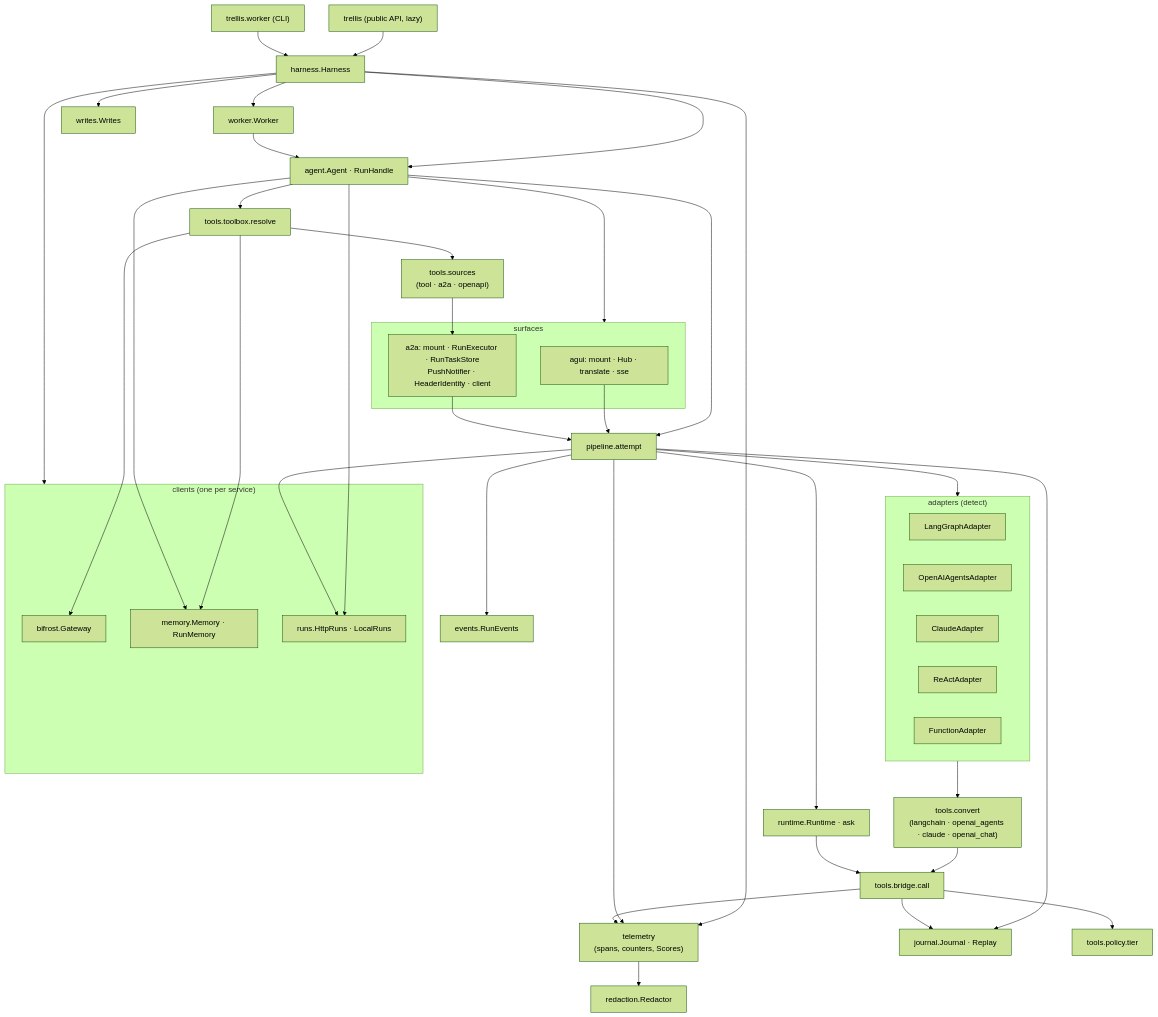
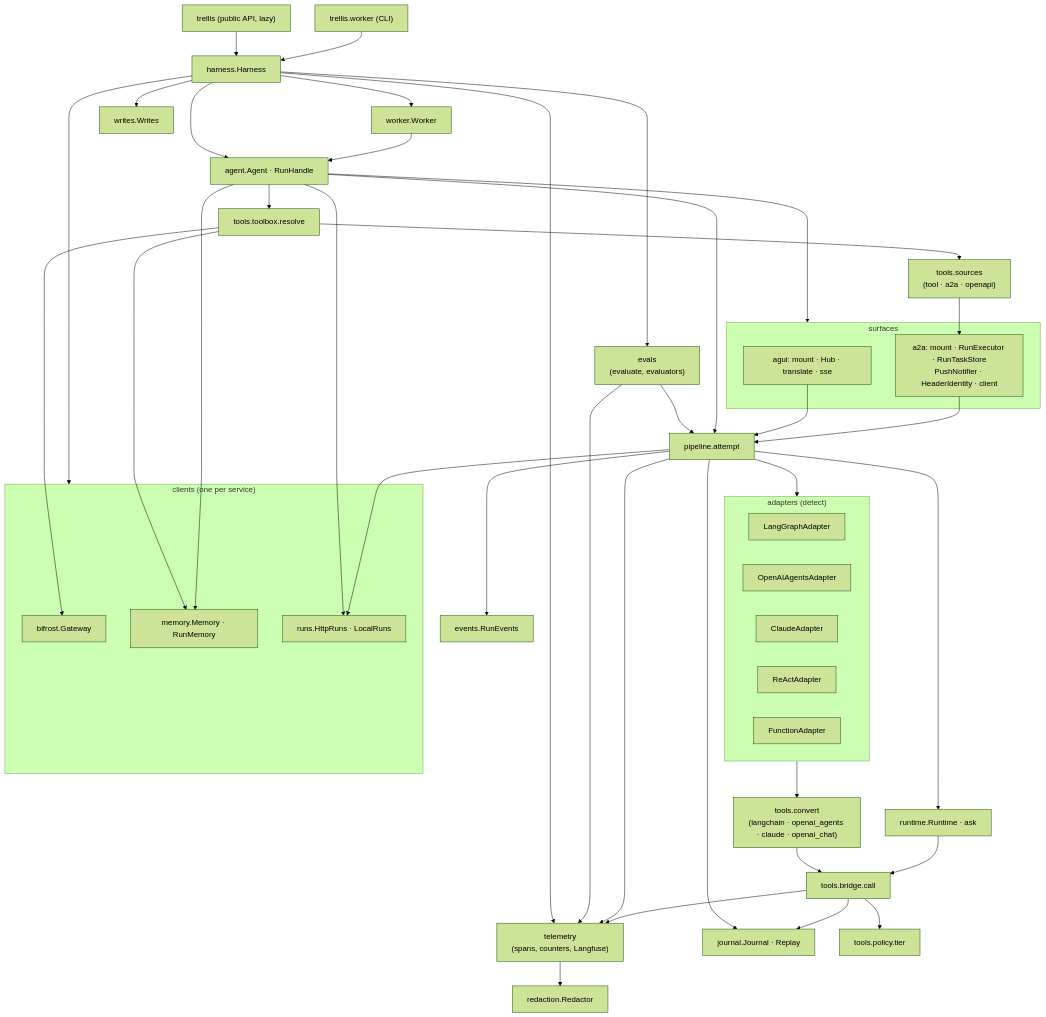
Before and after one commit to amitmohapatra/agent-harness: the second of 10 diagrams in ARCHITECTURE.md, drawn with Mermaid (forest theme). The commit also changed other lines of this file and 50 other files, not shown here.

````diff
--- a/ARCHITECTURE.md
+++ b/ARCHITECTURE.md
@@ -91,51 +93,54 @@
 ```mermaid
 flowchart TB
   api["trellis (public API, lazy)"] --> harness["harness.Harness"]
   cli["trellis.worker (CLI)"] --> harness
   harness --> agent["agent.Agent · RunHandle"]
   harness --> workerm["worker.Worker"]
   harness --> writes["writes.Writes"]
-  harness --> telemetry["telemetry<br/>(spans, counters, Scores)"]
+  harness --> telemetry["telemetry<br/>(spans, counters, Langfuse)"]
+  harness --> evals["evals<br/>(evaluate, evaluators)"]
+  evals --> pipeline
+  evals --> telemetry
   workerm --> agent
   agent --> pipeline["pipeline.attempt"]
   agent --> surfaces
   subgraph surfaces["surfaces"]
     agui["agui: mount · Hub · translate · sse"]
     a2a["a2a: mount · RunExecutor · RunTaskStore<br/>PushNotifier · HeaderIdentity · client"]
   end
   agui --> pipeline
   a2a --> pipeline
   pipeline --> runtime["runtime.Runtime · ask"]
   pipeline --> journal["journal.Journal · Replay"]
   pipeline --> events["events.RunEvents"]
   pipeline --> adapters
   subgraph adapters["adapters (detect)"]
     langgraph["LangGraphAdapter"]
     openai["OpenAIAgentsAdapter"]
     claude["ClaudeAdapter"]
     react["ReActAdapter"]
     function["FunctionAdapter"]
   end
   adapters --> convert["tools.convert<br/>(langchain · openai_agents · claude · openai_chat)"]
   convert --> bridge["tools.bridge.call"]
   runtime --> bridge
   bridge --> policy["tools.policy.tier"]
   bridge --> journal
   agent --> toolbox["tools.toolbox.resolve"]
   toolbox --> sources["tools.sources<br/>(tool · a2a · openapi)"]
   sources --> a2a
   subgraph clients["clients (one per service)"]
     bifrost["bifrost.Gateway"]
     memory["memory.Memory · RunMemory"]
     runs["runs.HttpRuns · LocalRuns"]
   end
   toolbox --> bifrost
   toolbox --> memory
   agent --> memory
   agent --> runs
   pipeline --> runs
   harness --> clients
   telemetry --> redaction["redaction.Redactor"]
   pipeline --> telemetry
   bridge --> telemetry
 ```
````
